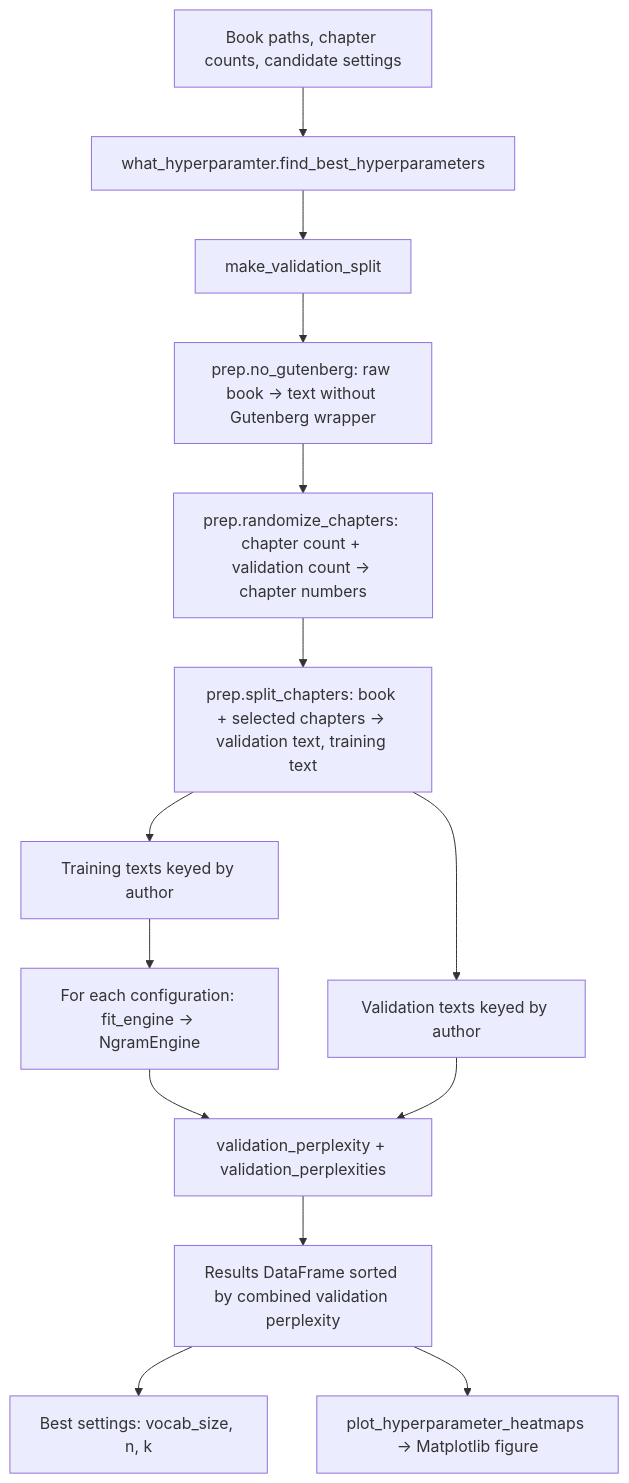
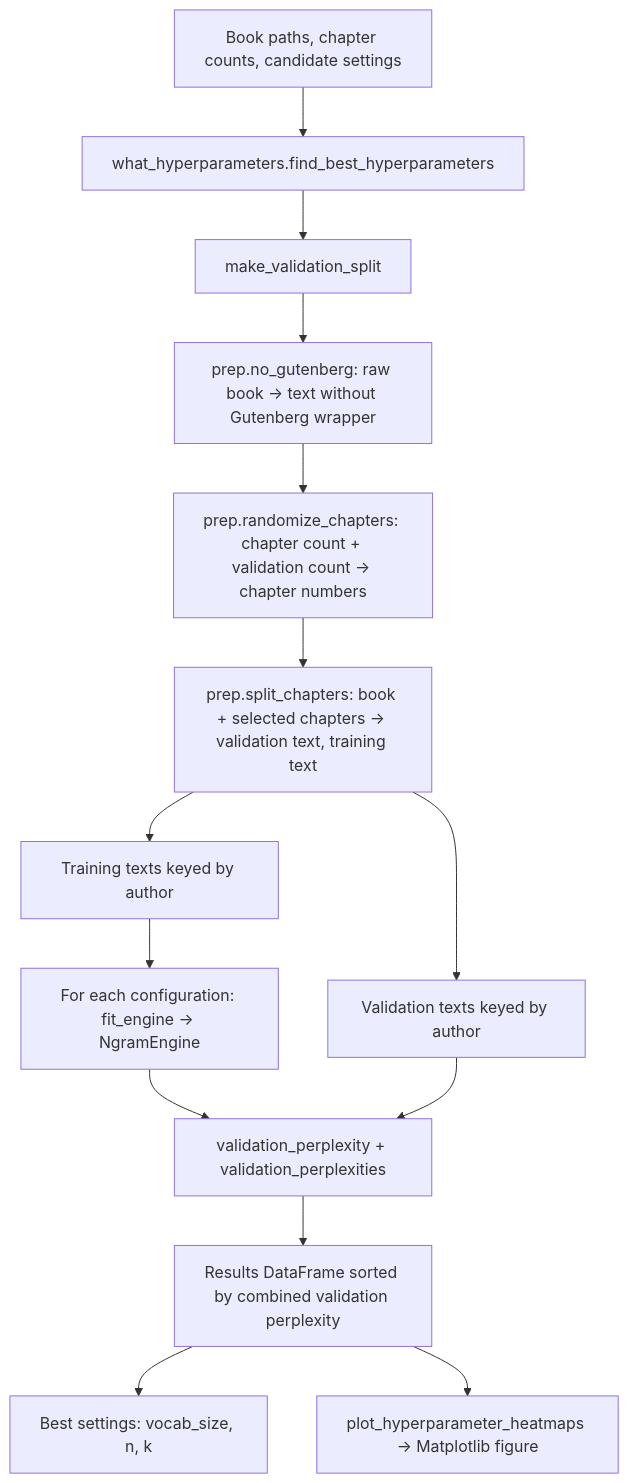
One commit to lily-harper/elementary_watson changed the second of 6 diagrams in PIPELINES.md. Above: the diagram before and after it, drawn with Mermaid. The commit also changed other lines of this file and 3 other files, not shown here.

````diff
--- a/PIPELINES.md
+++ b/PIPELINES.md
@@ -35,16 +35,16 @@
 ```mermaid
 flowchart TD
-    Config["Book paths, chapter counts, candidate settings"] --> Search["what_hyperparamter.find_best_hyperparameters"]
+    Config["Book paths, chapter counts, candidate settings"] --> Search["what_hyperparameters.find_best_hyperparameters"]
     Search --> Split["make_validation_split"]
     Split --> Clean["prep.no_gutenberg: raw book → text without Gutenberg wrapper"]
     Clean --> Select["prep.randomize_chapters: chapter count + validation count → chapter numbers"]
     Select --> Chapters["prep.split_chapters: book + selected chapters → validation text, training text"]
     Chapters --> Training["Training texts keyed by author"]
     Chapters --> Validation["Validation texts keyed by author"]
     Training --> Fit["For each configuration: fit_engine → NgramEngine"]
     Fit --> Evaluate["validation_perplexity + validation_perplexities"]
     Validation --> Evaluate
     Evaluate --> Table["Results DataFrame sorted by combined validation perplexity"]
     Table --> Best["Best settings: vocab_size, n, k"]
     Table --> Plot["plot_hyperparameter_heatmaps → Matplotlib figure"]
 ```
````
